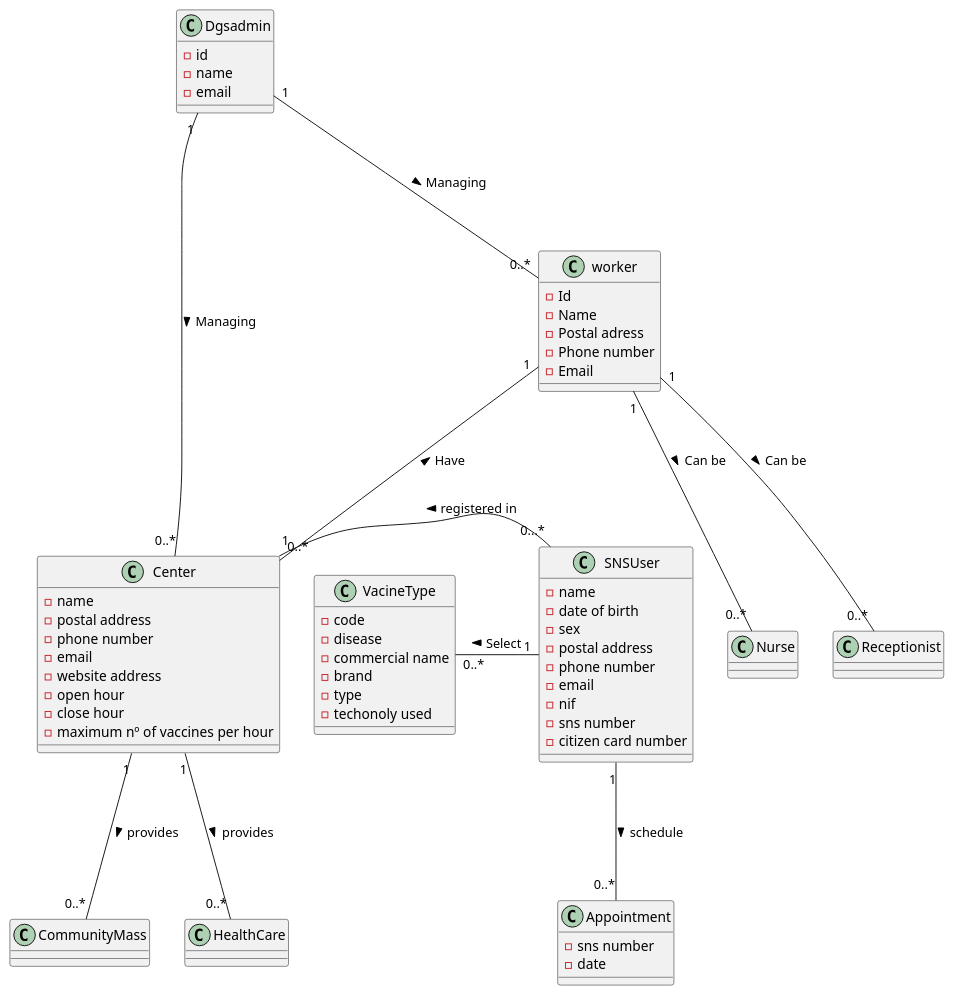
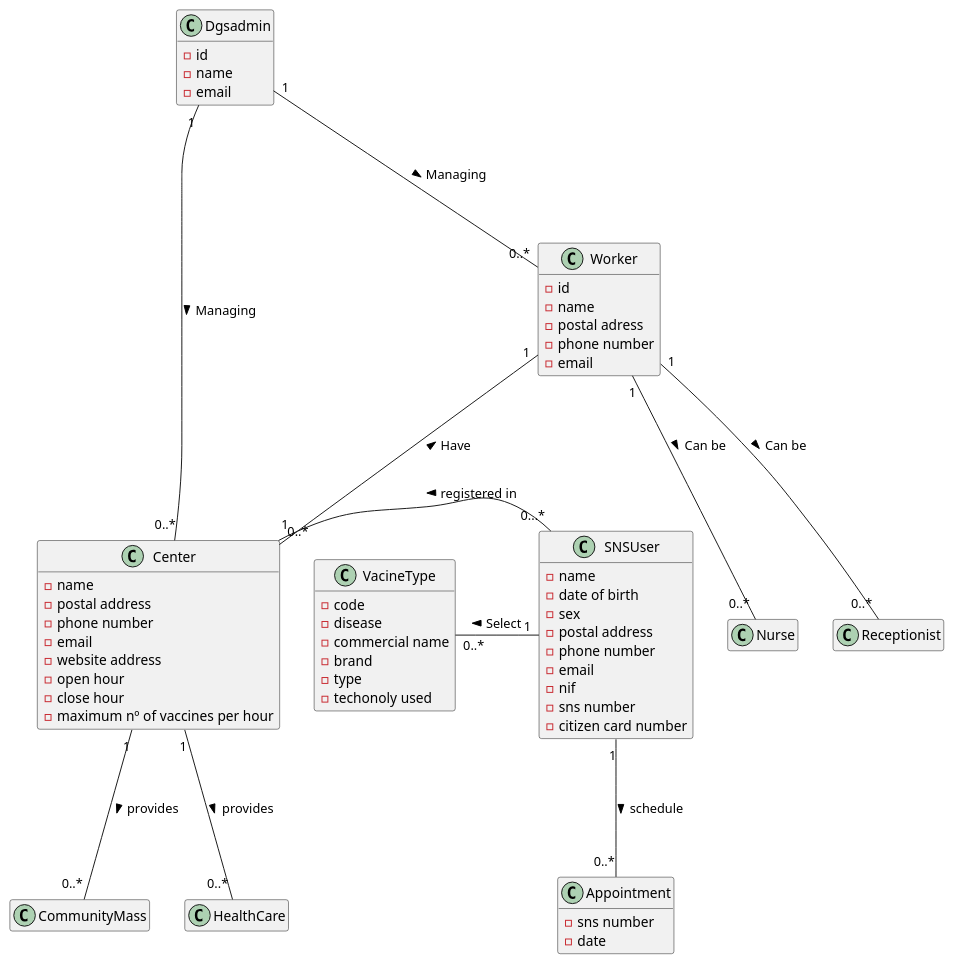
Before and after one commit to goncalomaia18/leti-esoft-25-26-C3: the diagram in docs/system-documentation/global-artifacts/puml/Modelo Dominio.puml, drawn with PlantUML.

Commit message:
Update domain model

```diff
--- a/docs/system-documentation/global-artifacts/puml/Modelo Dominio.puml
+++ b/docs/system-documentation/global-artifacts/puml/Modelo Dominio.puml
@@ -1,75 +1,76 @@
 @startuml
+hide empty members
 
-class worker{
--Id
--Name
--Postal adress
--Phone number
--Email
+class Worker{
+-id
+-name
+-postal adress
+-phone number
+-email
 }
 
 class Nurse{
 }
 
 class Receptionist{
 }
 
 class Appointment{
 -sns number
 -date
 }
 
 class Dgsadmin{
 -id
 -name
 -email
 
 }
 class Center {
 -name
 -postal address
 -phone number
 -email
 -website address
 -open hour
 -close hour
 -maximum nº of vaccines per hour
 }
 
 class CommunityMass{
 
 }
 
 class VacineType{
 -code
 -disease
 -commercial name
 -brand
 -type
 -techonoly used
 }
 
 class SNSUser{
 -name
 -date of birth
 -sex
 -postal address
 -phone number
 -email
 -nif
 -sns number
 -citizen card number
 }
 SNSUser"0...*" -left-- "1" Center:  registered in >
 Center "1" --- "0..*" HealthCare:  provides >
 Center "1" --- "0..*" CommunityMass:  provides >
-worker "1" --- "0..*" Nurse: Can be >
-worker "1" --- "0..*" Receptionist: Can be >
-worker "1" --- "0..*" Center: Have <
+Worker "1" --- "0..*" Nurse: Can be >
+Worker "1" --- "0..*" Receptionist: Can be >
+Worker "1" --- "0..*" Center: Have <
 SNSUser "1" --- "0..*" Appointment: schedule >
 SNSUser "1" -left-- "0..*" VacineType: Select >
 Dgsadmin "1" --- "0..*" Center: Managing >
-Dgsadmin "1" --- "0..*" worker: Managing >
+Dgsadmin "1" --- "0..*" Worker: Managing >
 
 
 @enduml
```
